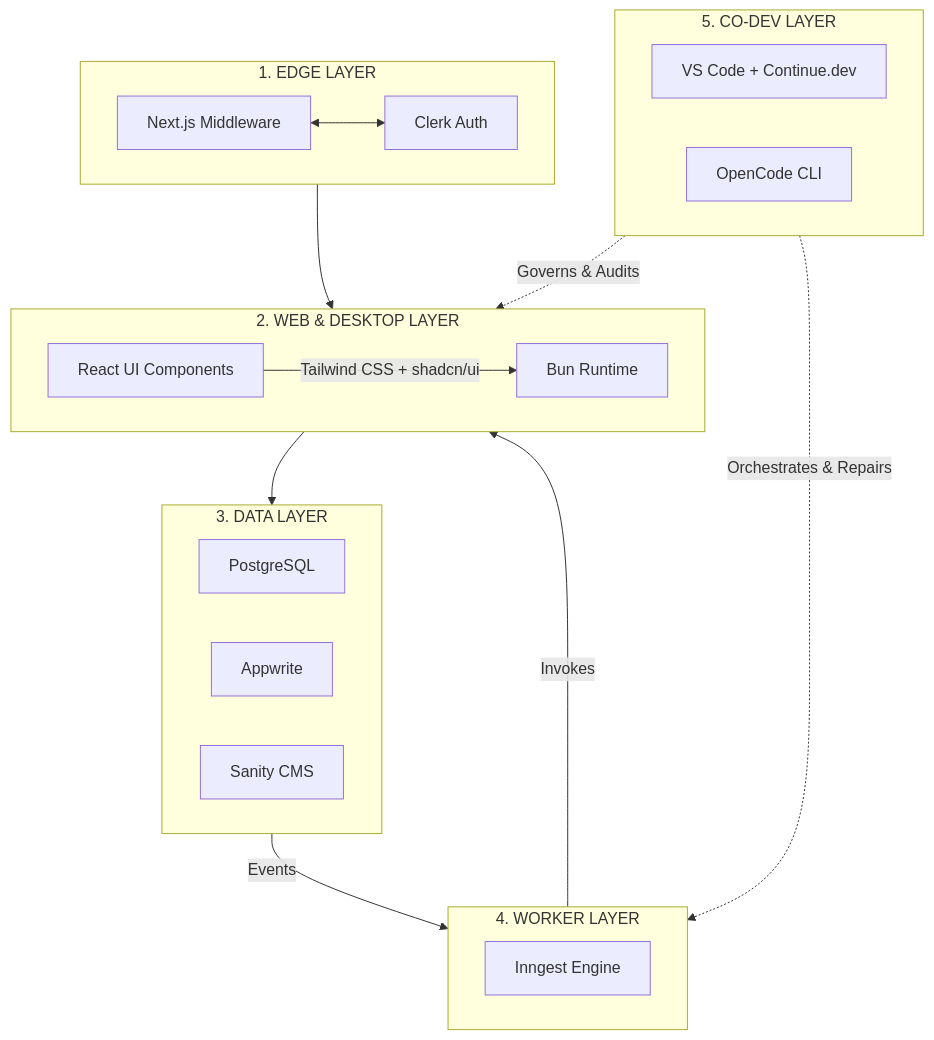
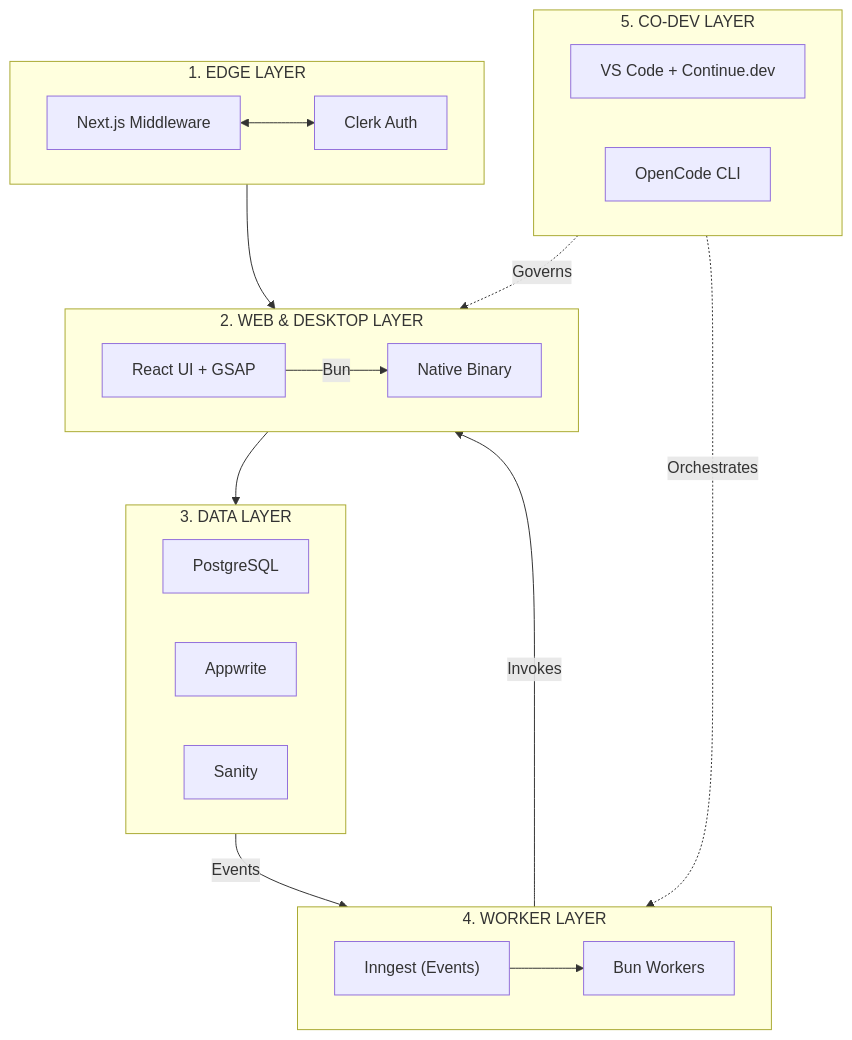
The diagram in Technical-Stack/From-Web-Stack-to-Living-System.md (seanwhs/Plans), drawn with Mermaid before and after one commit. The commit also changed other lines of this file, not shown here.

````diff
--- a/Technical-Stack/From-Web-Stack-to-Living-System.md
+++ b/Technical-Stack/From-Web-Stack-to-Living-System.md
@@ -23,28 +25,26 @@
 ```mermaid
 flowchart TB
     subgraph EDGE["1. EDGE LAYER"]
         M["Next.js Middleware"] <--> C["Clerk Auth"]
     end
     subgraph CL["2. WEB & DESKTOP LAYER"]
-        A["React UI Components"] -->|Tailwind CSS + shadcn/ui| B["Bun Runtime"]
+        A["React UI + GSAP"] -->|Bun| B["Native Binary"]
     end
     subgraph DATA["3. DATA LAYER"]
-        E["PostgreSQL"]
-        D["Appwrite"]
-        F["Sanity CMS"]
+        E["PostgreSQL"] & D["Appwrite"] & F["Sanity"]
     end
     subgraph ORCH["4. WORKER LAYER"]
-        G["Inngest Engine"]
+        G["Inngest (Events)"] --> H["Bun Workers"]
     end
     subgraph AI["5. CO-DEV LAYER"]
         VS["VS Code + Continue.dev"]
         Open["OpenCode CLI"]
     end
     EDGE --> CL
     CL --> DATA
     DATA -->|"Events"| ORCH
     ORCH -->|"Invokes"| CL
-    AI -.->|"Governs & Audits"| CL
-    AI -.->|"Orchestrates & Repairs"| ORCH
+    AI -.->|"Governs"| CL
+    AI -.->|"Orchestrates"| ORCH
 
 ```
````
